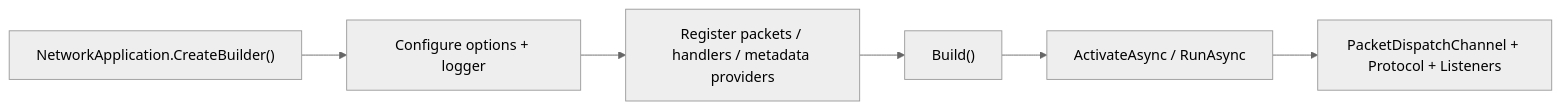
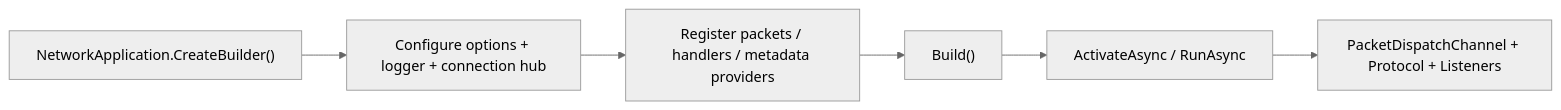
Before and after one commit to ppn-systems/Nalix: the diagram in docs/packages/nalix-network-hosting.md, drawn with Mermaid (neutral theme). The commit also changed other lines of this file and 157 other files, not shown here.

````diff
--- a/docs/packages/nalix-network-hosting.md
+++ b/docs/packages/nalix-network-hosting.md
@@ -12,8 +12,8 @@
 ```mermaid
 flowchart LR
-    A["NetworkApplication.CreateBuilder()"] --> B["Configure options + logger"]
+    A["NetworkApplication.CreateBuilder()"] --> B["Configure options + logger + connection hub"]
     B --> C["Register packets / handlers / metadata providers"]
     C --> D["Build()"]
     D --> E["ActivateAsync / RunAsync"]
     E --> F["PacketDispatchChannel + Protocol + Listeners"]
 ```
````
